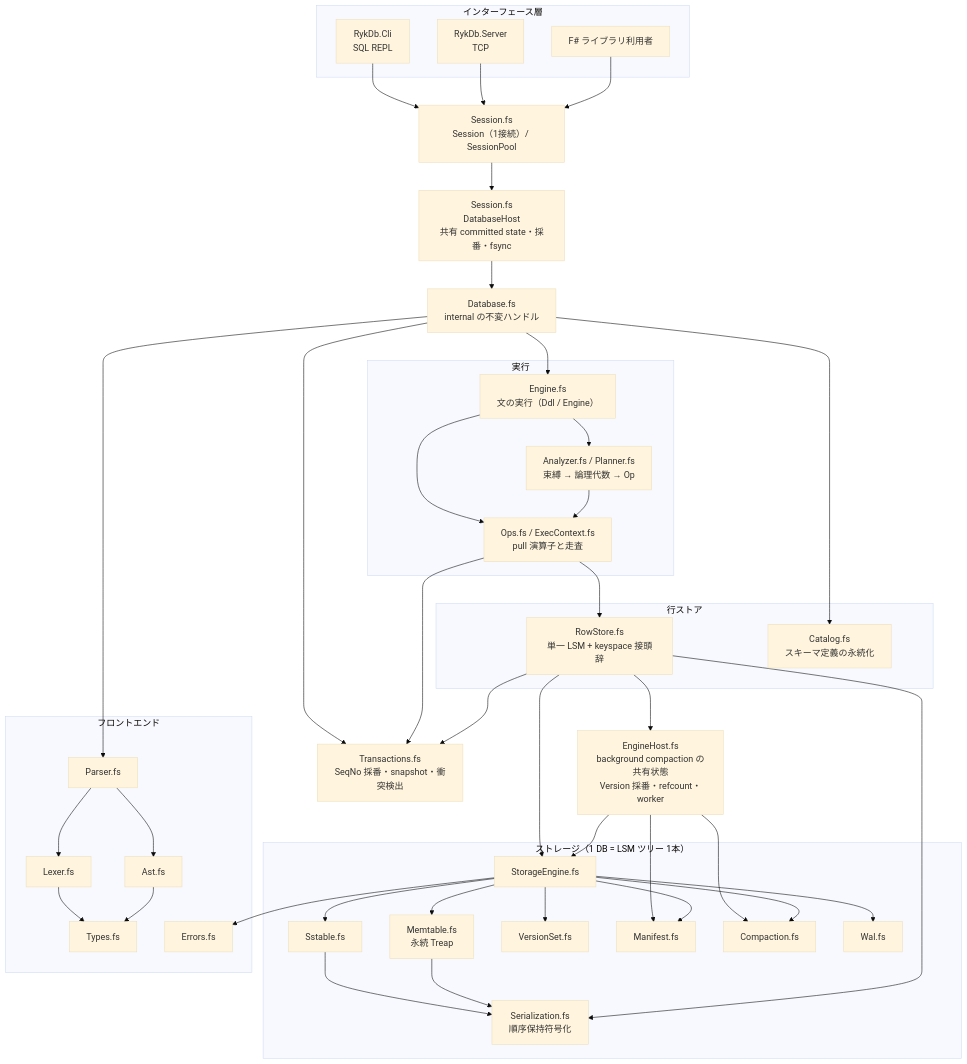
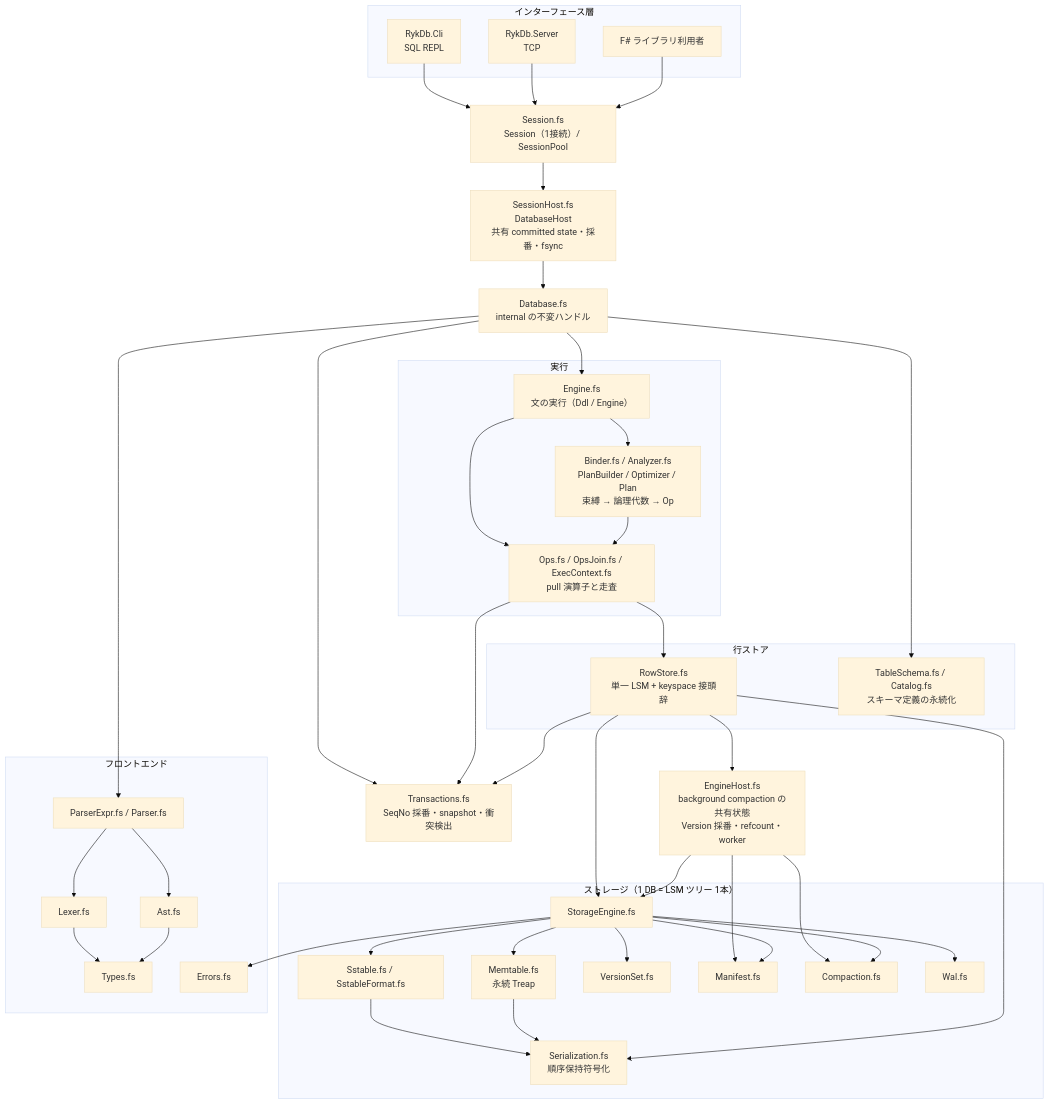
One commit to nwtks/rykdb changed the first of 2 diagrams in docs/architecture.md. Above: the diagram before and after it, drawn with Mermaid (base theme). The commit also changed other lines of this file and 50 other files, not shown here.

````diff
--- a/docs/architecture.md
+++ b/docs/architecture.md
@@ -30,81 +30,81 @@
 ```mermaid
 flowchart TB
     subgraph IF["インターフェース層"]
         CLI["RykDb.Cli<br/>SQL REPL"]
         SRV["RykDb.Server<br/>TCP"]
         LIB["F# ライブラリ利用者"]
     end
 
     SESS["Session.fs<br/>Session（1接続）/ SessionPool"]
-    HOST["Session.fs<br/>DatabaseHost<br/>共有 committed state・採番・fsync"]
+    HOST["SessionHost.fs<br/>DatabaseHost<br/>共有 committed state・採番・fsync"]
     DB["Database.fs<br/>internal の不変ハンドル"]
     SESS --> HOST
     HOST --> DB
 
     subgraph EX["実行"]
         EN["Engine.fs<br/>文の実行（Ddl / Engine）"]
-        PL["Analyzer.fs / Planner.fs<br/>束縛 → 論理代数 → Op"]
-        OPS["Ops.fs / ExecContext.fs<br/>pull 演算子と走査"]
+        PL["Binder.fs / Analyzer.fs<br/>PlanBuilder / Optimizer / Plan<br/>束縛 → 論理代数 → Op"]
+        OPS["Ops.fs / OpsJoin.fs / ExecContext.fs<br/>pull 演算子と走査"]
     end
 
     subgraph ROW["行ストア"]
         RS["RowStore.fs<br/>単一 LSM + keyspace 接頭辞"]
-        CAT["Catalog.fs<br/>スキーマ定義の永続化"]
+        CAT["TableSchema.fs / Catalog.fs<br/>スキーマ定義の永続化"]
     end
 
     EHOST["EngineHost.fs<br/>background compaction の共有状態<br/>Version 採番・refcount・worker"]
 
     MVCC["Transactions.fs<br/>SeqNo 採番・snapshot・衝突検出"]
 
     subgraph ST["ストレージ（1 DB = LSM ツリー 1本）"]
         SE["StorageEngine.fs"]
         MEM["Memtable.fs<br/>永続 Treap"]
-        SST["Sstable.fs"]
+        SST["Sstable.fs / SstableFormat.fs"]
         VS["VersionSet.fs"]
         MF["Manifest.fs"]
         CO["Compaction.fs"]
         WAL["Wal.fs"]
         SER["Serialization.fs<br/>順序保持符号化"]
     end
 
     subgraph FE["フロントエンド"]
-        P["Parser.fs"]
+        P["ParserExpr.fs / Parser.fs"]
         L["Lexer.fs"]
         A["Ast.fs"]
         T["Types.fs"]
         E["Errors.fs"]
     end
 
     CLI --> SESS
     SRV --> SESS
     LIB --> SESS
     DB --> EN
     DB --> CAT
     DB --> MVCC
     EN --> PL
     EN --> OPS
     PL --> OPS
     OPS --> RS
     OPS --> MVCC
     RS --> SE
     RS --> MVCC
     RS --> EHOST
     EHOST --> SE
     EHOST --> CO
     EHOST --> MF
     SE --> MEM
     SE --> SST
     SE --> VS
     SE --> MF
     SE --> CO
     SE --> WAL
     SST --> SER
     MEM --> SER
     RS --> SER
     DB --> P
     P --> L
     P --> A
     L --> T
     A --> T
     SE --> E
 ```
````
